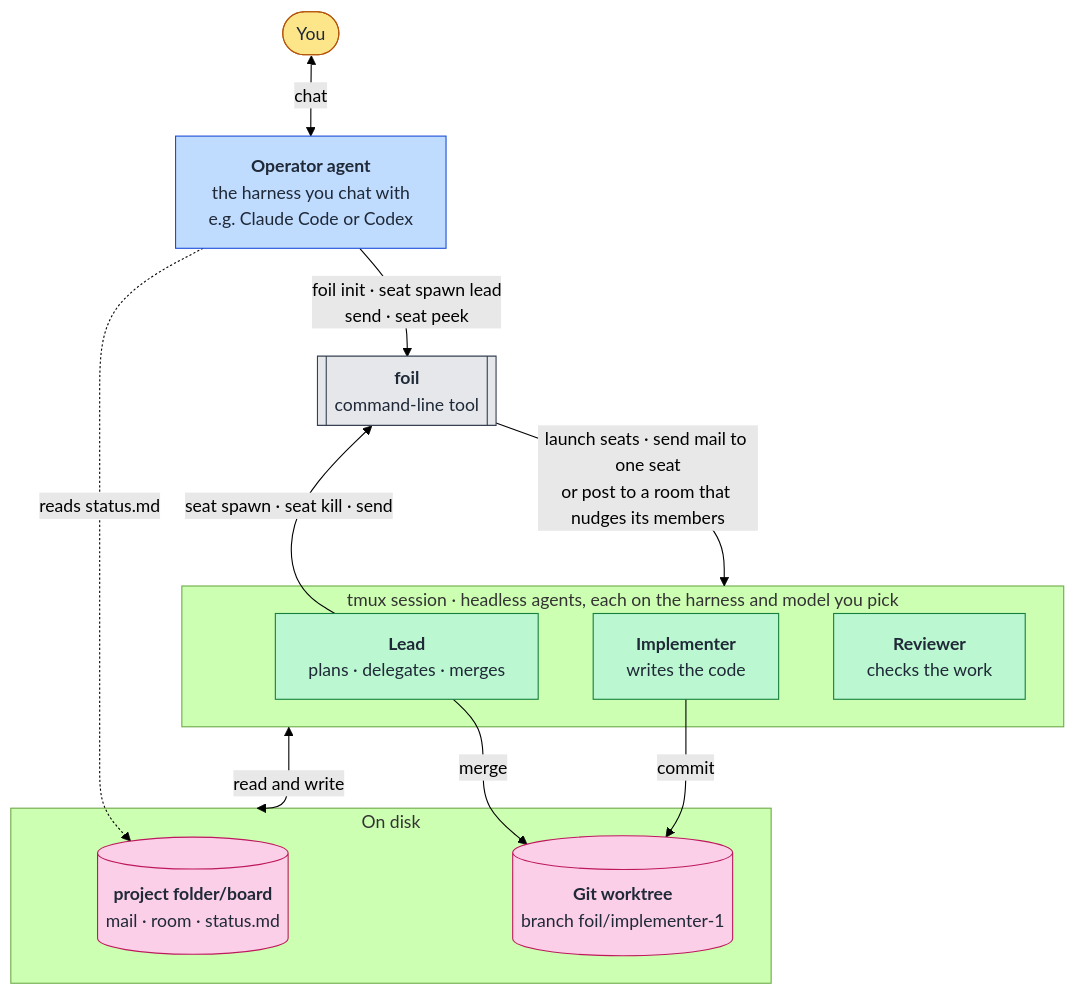
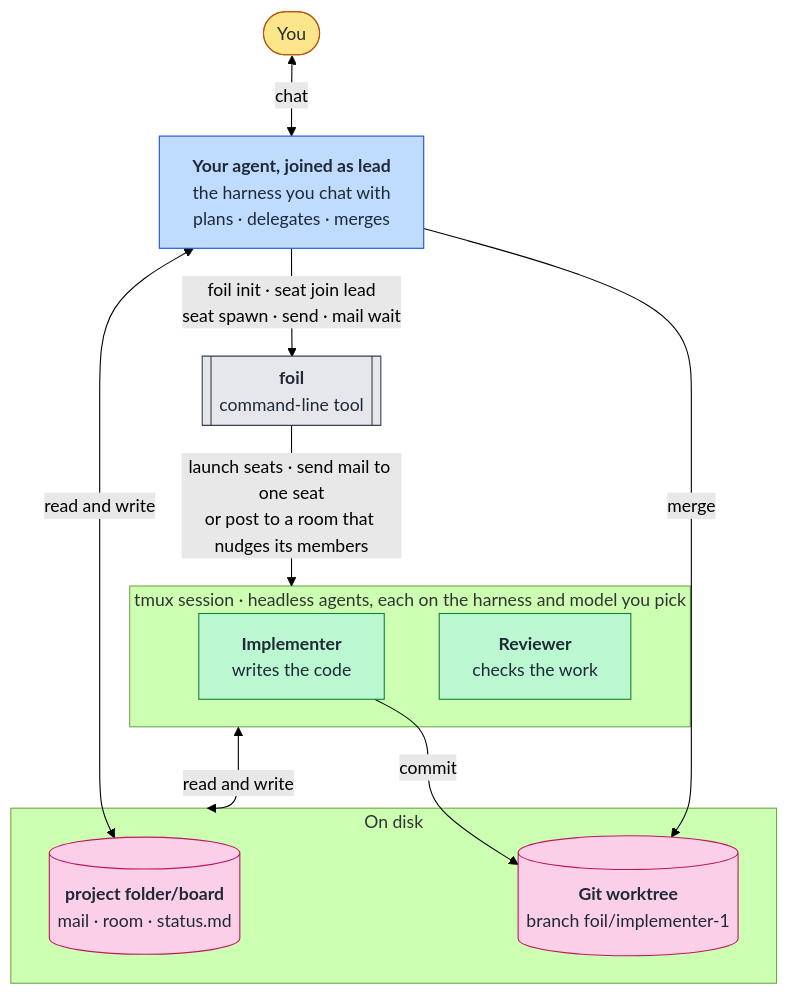
Before and after one commit to TiantianFlow/foil: the diagram in README.md, drawn with Mermaid (forest theme). The commit also changed other lines of this file and 37 other files, not shown here.

First line of the commit message:
Let your own agent join the fleet as its lead (#92)

````diff
--- a/README.md
+++ b/README.md
@@ -37,37 +37,35 @@
 ```mermaid
 flowchart TB
   you(["You"])
-  operator["<b>Operator agent</b><br/>the harness you chat with<br/>e.g. Claude Code or Codex"]
+  lead["<b>Your agent, joined as lead</b><br/>the harness you chat with<br/>plans · delegates · merges"]
   foil[["<b>foil</b><br/>command-line tool"]]
 
   subgraph fleet["tmux session · headless agents, each on the harness and model you pick"]
-    lead["<b>Lead</b><br/>plans · delegates · merges"]
     impl["<b>Implementer</b><br/>writes the code"]
     rev["<b>Reviewer</b><br/>checks the work"]
   end
 
   subgraph disk["On disk"]
     board[("<b>project folder/board</b><br/>mail · room · status.md")]
     tree[("<b>Git worktree</b><br/>branch foil/implementer-1")]
   end
 
-  you <-->|chat| operator
-  operator -->|"foil init · seat spawn lead<br/>send · seat peek"| foil
-  lead -->|"seat spawn · seat kill · send"| foil
+  you <-->|chat| lead
+  lead -->|"foil init · seat join lead<br/>seat spawn · send · mail wait"| foil
   foil -->|"launch seats · send mail to one seat<br/>or post to a room that nudges its members"| fleet
   fleet <-->|read and write| disk
+  lead <-->|read and write| board
   impl -->|commit| tree
   lead -->|merge| tree
-  operator -.->|reads status.md| board
 
   classDef human fill:#fde68a,stroke:#b45309,color:#1f2937
   classDef yours fill:#bfdbfe,stroke:#1d4ed8,color:#1f2937
   classDef tool fill:#e5e7eb,stroke:#374151,color:#1f2937
   classDef seat fill:#bbf7d0,stroke:#15803d,color:#1f2937
   classDef data fill:#fbcfe8,stroke:#be185d,color:#1f2937
   class you human
-  class operator yours
+  class lead yours
   class foil tool
-  class lead,impl,rev seat
+  class impl,rev seat
   class board,tree data
 ```
````
